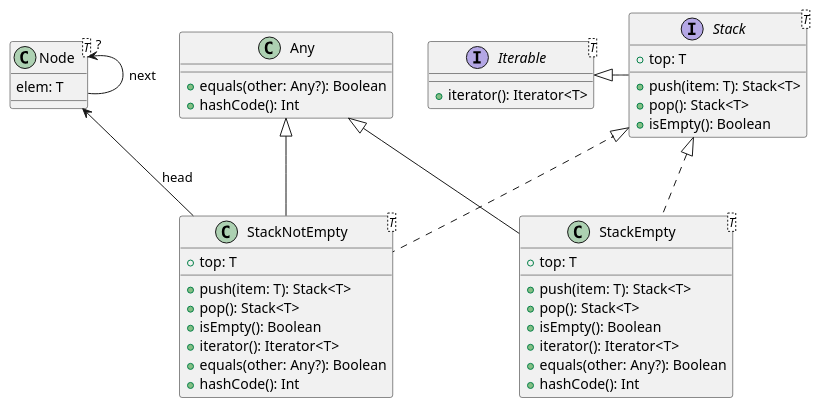
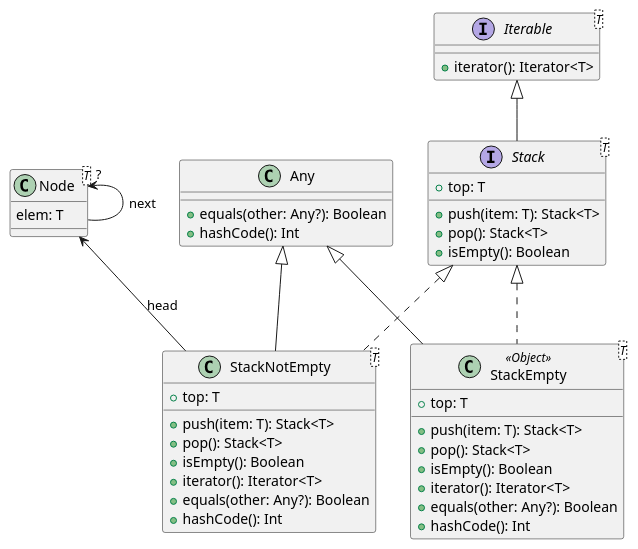
The diagram in OOP-Stack/src/main/kotlin/oop/Stack.puml (isel-leic-tds/2425i.31d), drawn with PlantUML before and after one commit. The commit also changed 2 other files, not shown here.

```diff
--- a/OOP-Stack/src/main/kotlin/oop/Stack.puml
+++ b/OOP-Stack/src/main/kotlin/oop/Stack.puml
@@ -1,49 +1,49 @@
 @startuml
 
 interface Iterable<T> {
     + iterator(): Iterator<T>
 }
 
 interface Stack<T> {
     + push(item: T): Stack<T>
     + pop(): Stack<T>
     + isEmpty(): Boolean
     + top: T
 }
 
 class Any {
     + equals(other: Any?): Boolean
     + hashCode(): Int
 }
 class Node<T> {
     elem: T
 }
 Node "?" <-- Node : next
 Node <-- StackNotEmpty : head
 
 Stack <|.. StackEmpty
 Any <|-- StackEmpty
 Stack <|.. StackNotEmpty
 Any <|-- StackNotEmpty
-Iterable <|- Stack
+Iterable <|-- Stack
 
-class StackEmpty<T> {
+class StackEmpty<T> <<Object>>{
     + push(item: T): Stack<T>
     + pop(): Stack<T>
     + isEmpty(): Boolean
     + top: T
     +iterator(): Iterator<T>
     + equals(other: Any?): Boolean
     + hashCode(): Int
 }
 
 class StackNotEmpty<T> {
     + push(item: T): Stack<T>
     + pop(): Stack<T>
     + isEmpty(): Boolean
     + top: T
     +iterator(): Iterator<T>
     + equals(other: Any?): Boolean
     + hashCode(): Int
 }
 @enduml
```
